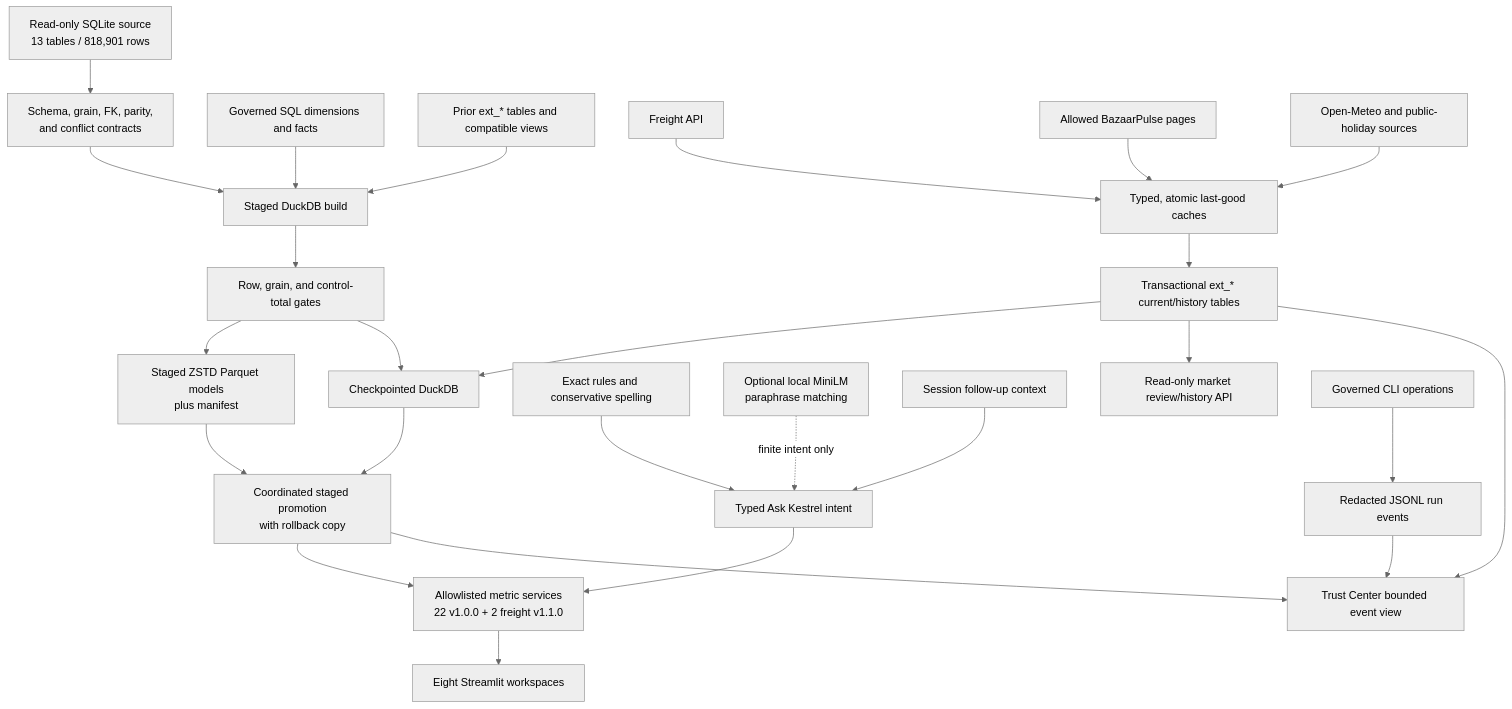
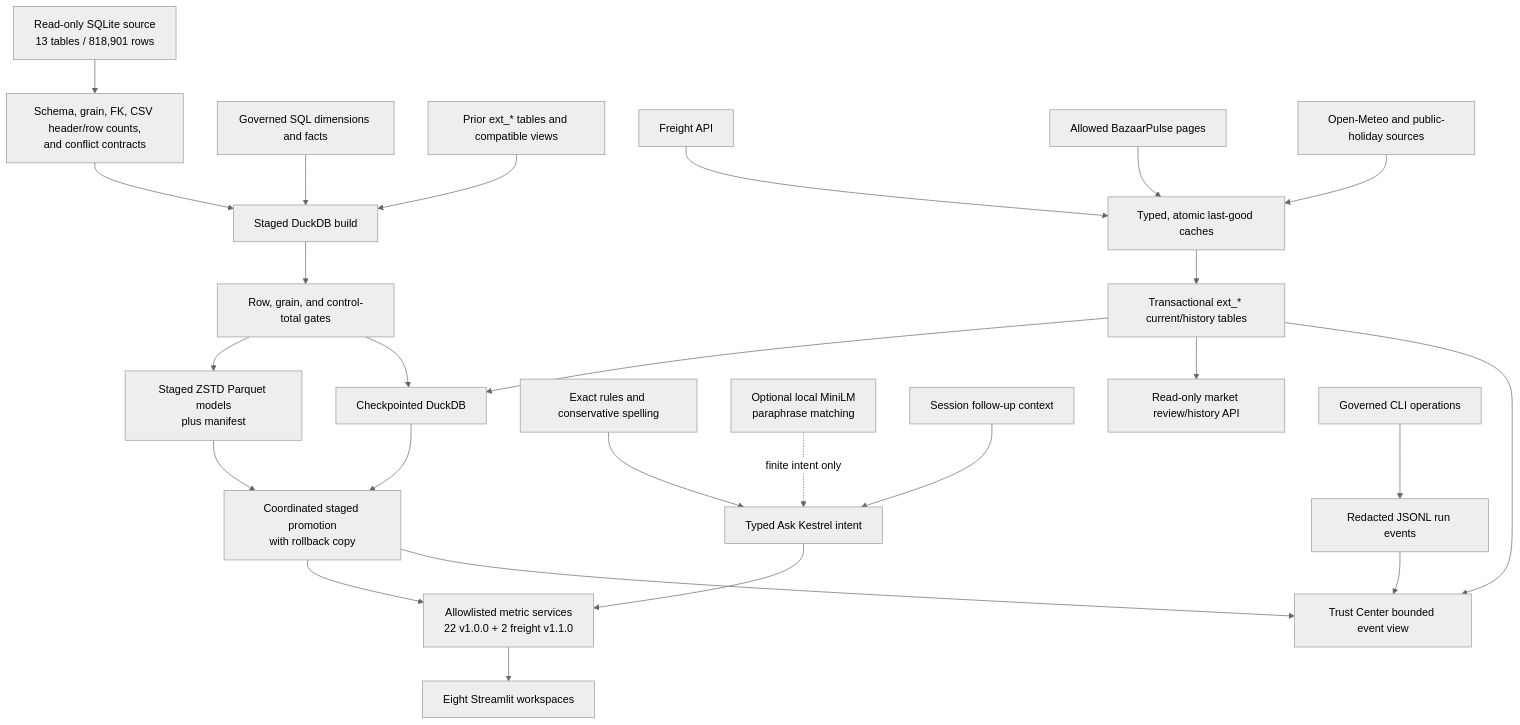
One commit to starky498/kestrel-control-tower changed the second of 2 diagrams in docs/ARCHITECTURE.md. Above: the diagram before and after it, drawn with Mermaid (neutral theme). The commit also changed other lines of this file and 17 other files, not shown here.

````diff
--- a/docs/ARCHITECTURE.md
+++ b/docs/ARCHITECTURE.md
@@ -41,30 +41,30 @@
 ```mermaid
 flowchart TB
-    SRC["Read-only SQLite source\n13 tables / 818,901 rows"] --> VAL["Schema, grain, FK, parity,\nand conflict contracts"]
+    SRC["Read-only SQLite source\n13 tables / 818,901 rows"] --> VAL["Schema, grain, FK, CSV header/row counts,\nand conflict contracts"]
     VAL --> STAGE["Staged DuckDB build"]
     SQL["Governed SQL dimensions and facts"] --> STAGE
     PRIOR["Prior ext_* tables and compatible views"] --> STAGE
     STAGE --> CHECK["Row, grain, and control-total gates"]
     CHECK --> PQ["Staged ZSTD Parquet models\nplus manifest"]
     CHECK --> DB["Checkpointed DuckDB"]
     PQ --> PROMOTE["Coordinated staged promotion\nwith rollback copy"]
     DB --> PROMOTE
 
     FRE["Freight API"] --> CACHE["Typed, atomic last-good caches"]
     BAZ["Allowed BazaarPulse pages"] --> CACHE
     CTX["Open-Meteo and public-holiday sources"] --> CACHE
     CACHE --> EXT["Transactional ext_* current/history tables"]
     EXT --> DB
 
     PROMOTE --> METRIC["Allowlisted metric services\n22 v1.0.0 + 2 freight v1.1.0"]
     METRIC --> UI["Eight Streamlit workspaces"]
     RULES["Exact rules and conservative spelling"] --> ASK["Typed Ask Kestrel intent"]
     LOCAL["Optional local MiniLM\nparaphrase matching"] -. "finite intent only" .-> ASK
     MEMORY["Session follow-up context"] --> ASK
     ASK --> METRIC
     EXT --> API["Read-only market review/history API"]
     CLI["Governed CLI operations"] --> LOG["Redacted JSONL run events"]
     LOG --> TRUST["Trust Center bounded event view"]
     PROMOTE --> TRUST
     EXT --> TRUST
 ```
````
